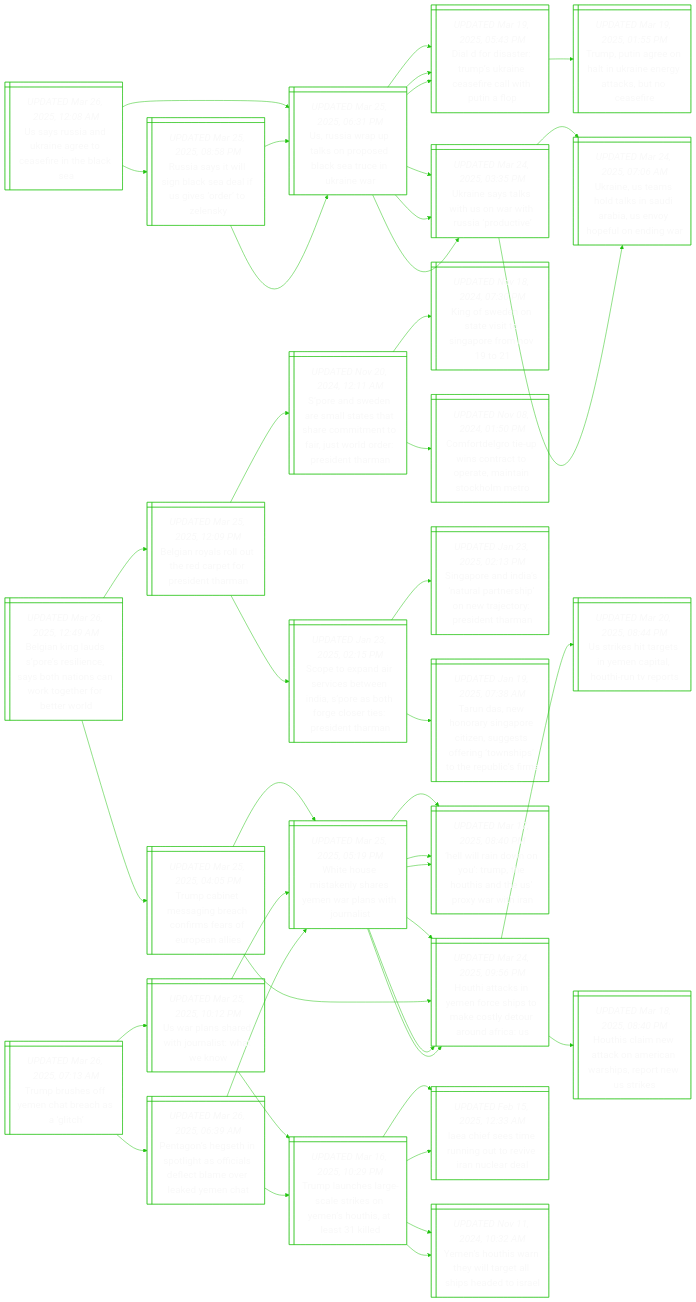
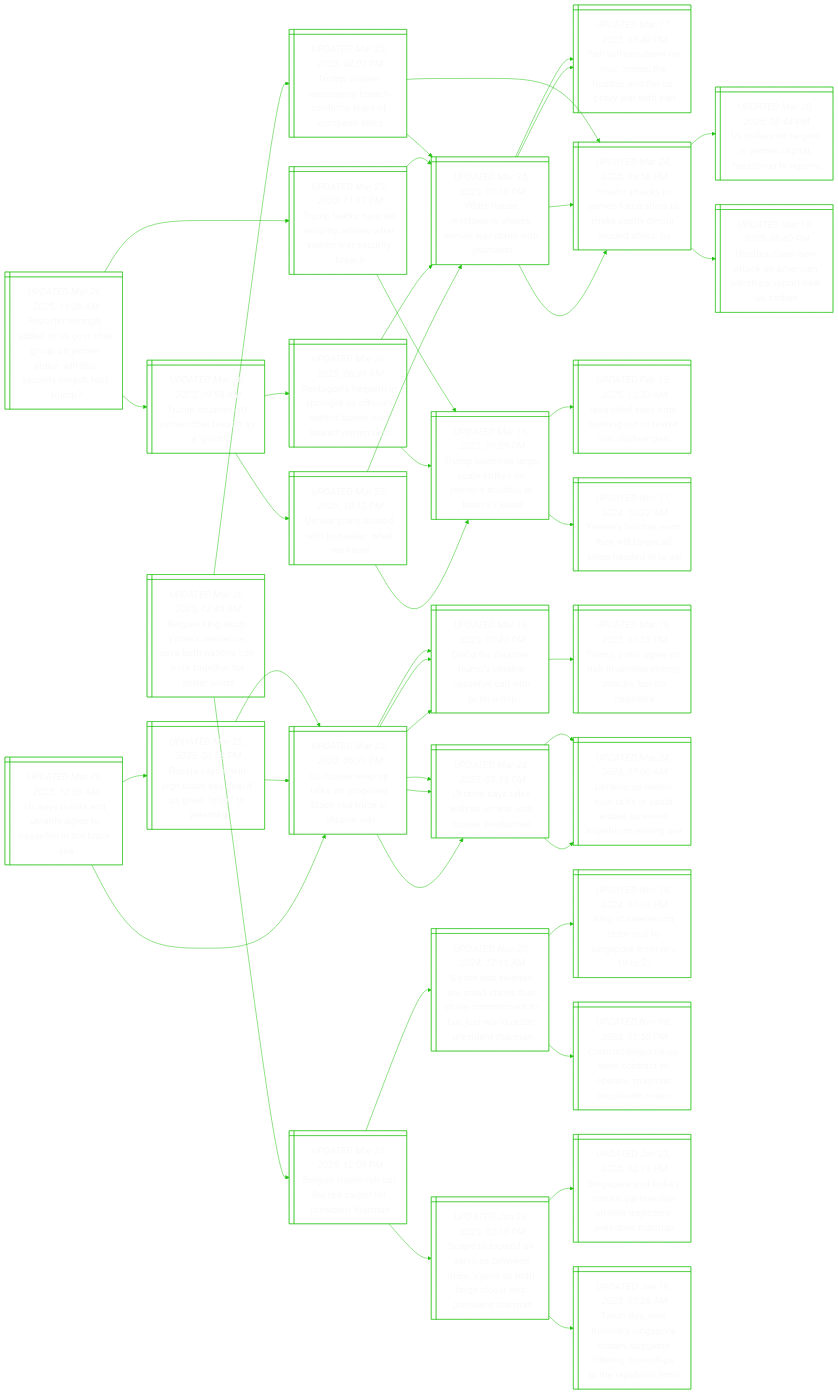
One commit to notJmes/notJmes changed the diagram in README.md. Above: the diagram before and after it, drawn with Mermaid. The commit also changed other lines of this file, not shown here.

````diff
--- a/README.md
+++ b/README.md
@@ -15,6 +15,52 @@
 %%{init: {'theme':'base', 'themeVariables': {'primaryColor': "transparent", 'primaryTextColor': "#F9F9F9", 'lineColor': "#20C20E", 'primaryBorderColor':'#20C20E'}}}%%
 flowchart LR
 classDef txtsize font-size:20px;
+
+RtoatoauetWhcyctp@{ shape: win-pane, label: "_UPDATED Mar 26, 2025, 11:36 AM_
+Reporter wrongly added to us govt chat group on yemen strike: will this security breach hurt trump?" }
+TbeYcrai@{ shape: win-pane, label: "_UPDATED Mar 26, 2025, 09:59 AM_
+Trump brushes off yemen chat breach as a ‘glitch’" }
+UpsdjaWe@{ shape: win-pane, label: "_UPDATED Mar 25, 2025, 10:12 PM_
+Us war plans shared with journalist: what we know" }
+Tlhraroeuasl@{ shape: win-pane, label: "_UPDATED Mar 16, 2025, 10:29 PM_
+Trump launches large-scale strikes on yemen’s houthis, at least 31 killed" }
+WHmkssnliui@{ shape: win-pane, label: "_UPDATED Mar 25, 2025, 05:19 PM_
+White house mistakenly shares yemen war plans with journalist" }
+PgehohfafboeYc@{ shape: win-pane, label: "_UPDATED Mar 26, 2025, 06:39 AM_
+Pentagon’s hegseth in spotlight as officials deflect blame over leaked yemen chat" }
+WHmkssnliui@{ shape: win-pane, label: "_UPDATED Mar 25, 2025, 05:19 PM_
+White house mistakenly shares yemen war plans with journalist" }
+Tlhraroeuasl@{ shape: win-pane, label: "_UPDATED Mar 16, 2025, 10:29 PM_
+Trump launches large-scale strikes on yemen’s houthis, at least 31 killed" }
+Tbnncystmrrr@{ shape: win-pane, label: "_UPDATED Mar 25, 2025, 11:17 PM_
+Trump backs national security adviser after yemen war security breach" }
+WHmkssnliui@{ shape: win-pane, label: "_UPDATED Mar 25, 2025, 05:19 PM_
+White house mistakenly shares yemen war plans with journalist" }
+Hiinuposhrah@{ shape: win-pane, label: "_UPDATED Mar 17, 2025, 08:40 PM_
+‘hell will rain down on you’: trump, the houthis and the us’ proxy war with iran" }
+HicYfsteloofU@{ shape: win-pane, label: "_UPDATED Mar 24, 2025, 09:56 PM_
+Houthi attacks in yemen force ships to make costly detour around africa: us" }
+Tlhraroeuasl@{ shape: win-pane, label: "_UPDATED Mar 16, 2025, 10:29 PM_
+Trump launches large-scale strikes on yemen’s houthis, at least 31 killed" }
+IhemnueIur@{ shape: win-pane, label: "_UPDATED Feb 15, 2025, 12:33 AM_
+Iaea chief sees time running out to revive iran nuclear deal" }
+Yshryttheta@{ shape: win-pane, label: "_UPDATED Nov 11, 2024, 10:32 AM_
+Yemen’s houthis warn they will target all ships headed to israel" }
+
+RtoatoauetWhcyctp:::txtsize --> TbeYcrai:::txtsize
+TbeYcrai:::txtsize --> UpsdjaWe:::txtsize
+UpsdjaWe:::txtsize --> Tlhraroeuasl:::txtsize
+UpsdjaWe:::txtsize --> WHmkssnliui:::txtsize
+TbeYcrai:::txtsize --> PgehohfafboeYc:::txtsize
+PgehohfafboeYc:::txtsize --> WHmkssnliui:::txtsize
+PgehohfafboeYc:::txtsize --> Tlhraroeuasl:::txtsize
+RtoatoauetWhcyctp:::txtsize --> Tbnncystmrrr:::txtsize
+Tbnncystmrrr:::txtsize --> WHmkssnliui:::txtsize
+WHmkssnliui:::txtsize --> Hiinuposhrah:::txtsize
+WHmkssnliui:::txtsize --> HicYfsteloofU:::txtsize
+Tbnncystmrrr:::txtsize --> Tlhraroeuasl:::txtsize
+Tlhraroeuasl:::txtsize --> IhemnueIur:::txtsize
+Tlhraroeuasl:::txtsize --> Yshryttheta:::txtsize
 
 UsiUneeitaa@{ shape: win-pane, label: "_UPDATED Mar 26, 2025, 12:08 AM_
 Us says russia and ukraine agree to ceasefire in the black sea" }
@@ -105,50 +151,4 @@
 HicYfsteloofU:::txtsize --> Uiignntuues:::txtsize
 HicYfsteloofU:::txtsize --> Hiiakenhense:::txtsize
 
-TbeYcrai@{ shape: win-pane, label: "_UPDATED Mar 26, 2025, 07:13 AM_
-Trump brushes off yemen chat breach as a ‘glitch’" }
-UpsdjaWe@{ shape: win-pane, label: "_UPDATED Mar 25, 2025, 10:12 PM_
-Us war plans shared with journalist: what we know" }
-Tlhraroeuasl@{ shape: win-pane, label: "_UPDATED Mar 16, 2025, 10:29 PM_
-Trump launches large-scale strikes on yemen’s houthis, at least 31 killed" }
-IhemnueIur@{ shape: win-pane, label: "_UPDATED Feb 15, 2025, 12:33 AM_
-Iaea chief sees time running out to revive iran nuclear deal" }
-Yshryttheta@{ shape: win-pane, label: "_UPDATED Nov 11, 2024, 10:32 AM_
-Yemen’s houthis warn they will target all ships headed to israel" }
-WHmkssnliui@{ shape: win-pane, label: "_UPDATED Mar 25, 2025, 05:19 PM_
-White house mistakenly shares yemen war plans with journalist" }
-Hiinuposhrah@{ shape: win-pane, label: "_UPDATED Mar 17, 2025, 08:40 PM_
-‘hell will rain down on you’: trump, the houthis and the us’ proxy war with iran" }
-HicYfsteloofU@{ shape: win-pane, label: "_UPDATED Mar 24, 2025, 09:56 PM_
-Houthi attacks in yemen force ships to make costly detour around africa: us" }
-PgehohfafboeYc@{ shape: win-pane, label: "_UPDATED Mar 26, 2025, 06:39 AM_
-Pentagon’s hegseth in spotlight as officials deflect blame over leaked yemen chat" }
-WHmkssnliui@{ shape: win-pane, label: "_UPDATED Mar 25, 2025, 05:19 PM_
-White house mistakenly shares yemen war plans with journalist" }
-Hiinuposhrah@{ shape: win-pane, label: "_UPDATED Mar 17, 2025, 08:40 PM_
-‘hell will rain down on you’: trump, the houthis and the us’ proxy war with iran" }
-HicYfsteloofU@{ shape: win-pane, label: "_UPDATED Mar 24, 2025, 09:56 PM_
-Houthi attacks in yemen force ships to make costly detour around africa: us" }
-Tlhraroeuasl@{ shape: win-pane, label: "_UPDATED Mar 16, 2025, 10:29 PM_
-Trump launches large-scale strikes on yemen’s houthis, at least 31 killed" }
-IhemnueIur@{ shape: win-pane, label: "_UPDATED Feb 15, 2025, 12:33 AM_
-Iaea chief sees time running out to revive iran nuclear deal" }
-Yshryttheta@{ shape: win-pane, label: "_UPDATED Nov 11, 2024, 10:32 AM_
-Yemen’s houthis warn they will target all ships headed to israel" }
-
-TbeYcrai:::txtsize --> UpsdjaWe:::txtsize
-UpsdjaWe:::txtsize --> Tlhraroeuasl:::txtsize
-Tlhraroeuasl:::txtsize --> IhemnueIur:::txtsize
-Tlhraroeuasl:::txtsize --> Yshryttheta:::txtsize
-UpsdjaWe:::txtsize --> WHmkssnliui:::txtsize
-WHmkssnliui:::txtsize --> Hiinuposhrah:::txtsize
-WHmkssnliui:::txtsize --> HicYfsteloofU:::txtsize
-TbeYcrai:::txtsize --> PgehohfafboeYc:::txtsize
-PgehohfafboeYc:::txtsize --> WHmkssnliui:::txtsize
-WHmkssnliui:::txtsize --> Hiinuposhrah:::txtsize
-WHmkssnliui:::txtsize --> HicYfsteloofU:::txtsize
-PgehohfafboeYc:::txtsize --> Tlhraroeuasl:::txtsize
-Tlhraroeuasl:::txtsize --> IhemnueIur:::txtsize
-Tlhraroeuasl:::txtsize --> Yshryttheta:::txtsize
-
 ```
````
